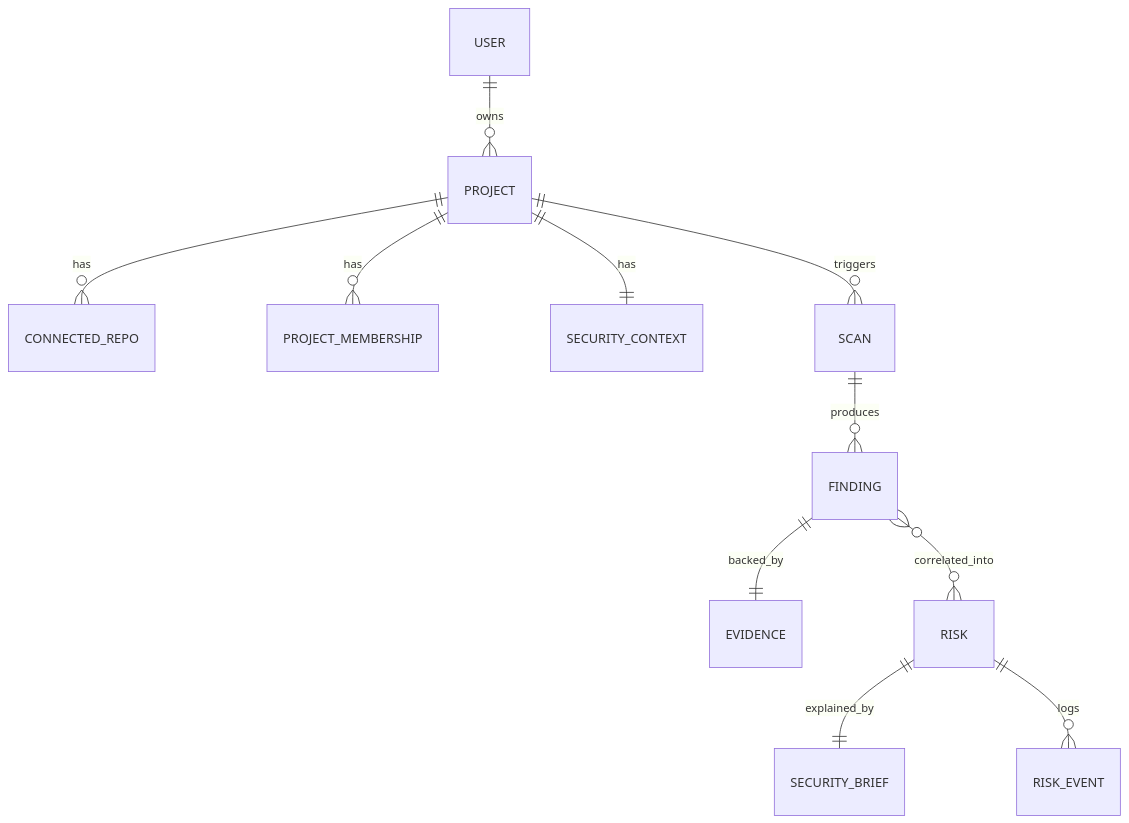
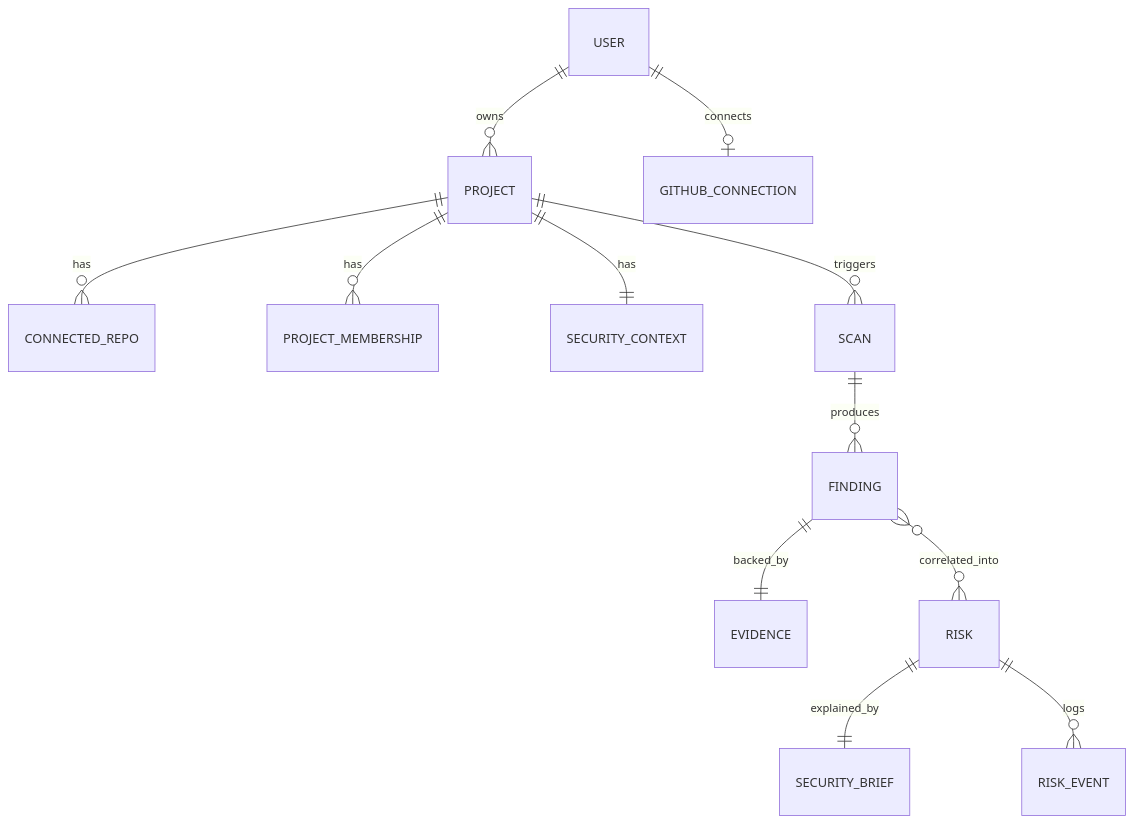
Before and after one commit to CarlosPD8/Verion: the first of 2 diagrams in docs/ARCHITECTURE.md, drawn with Mermaid. The commit also changed other lines of this file and 22 other files, not shown here.

````diff
--- a/docs/ARCHITECTURE.md
+++ b/docs/ARCHITECTURE.md
@@ -157,13 +163,14 @@
 ```mermaid
 erDiagram
     USER ||--o{ PROJECT : owns
+    USER ||--o| GITHUB_CONNECTION : connects
     PROJECT ||--o{ CONNECTED_REPO : has
     PROJECT ||--o{ PROJECT_MEMBERSHIP : has
     PROJECT ||--|| SECURITY_CONTEXT : has
     PROJECT ||--o{ SCAN : triggers
     SCAN ||--o{ FINDING : produces
     FINDING ||--|| EVIDENCE : backed_by
     FINDING }o--o{ RISK : correlated_into
     RISK ||--|| SECURITY_BRIEF : explained_by
     RISK ||--o{ RISK_EVENT : logs
 ```
````
